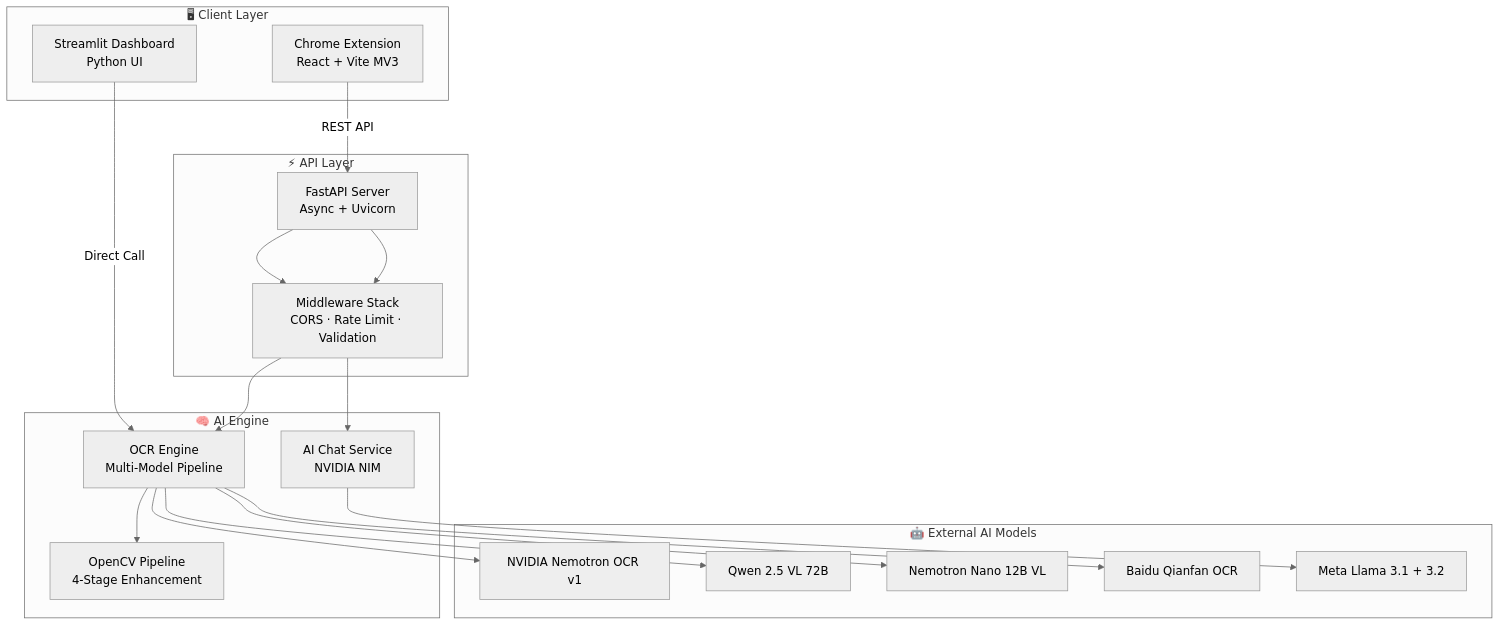
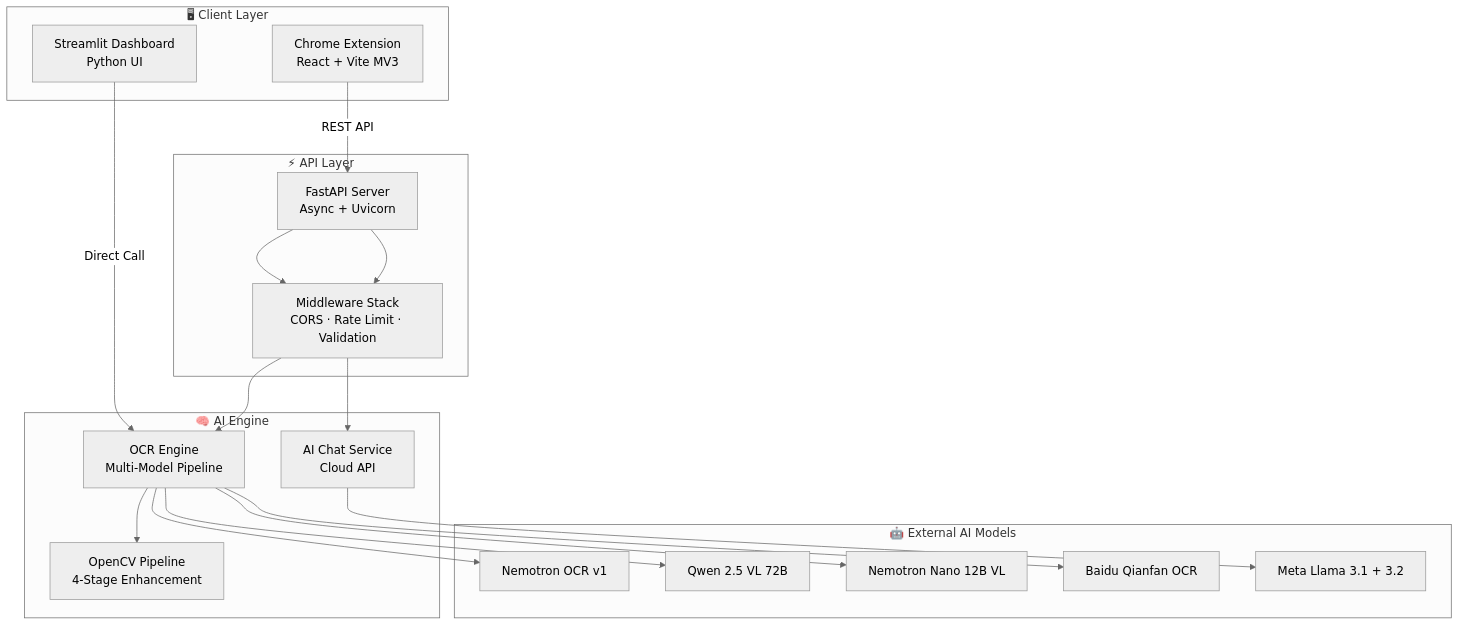
Before and after one commit to Abhichy18/Pagixo-AI: the first of 2 diagrams in README.md, drawn with Mermaid (neutral theme). The commit also changed other lines of this file, not shown here.

````diff
--- a/README.md
+++ b/README.md
@@ -288,34 +288,34 @@
 ```mermaid
 graph TB
     subgraph Client["🖥 Client Layer"]
         CE[Chrome Extension<br/>React + Vite MV3]
         ST[Streamlit Dashboard<br/>Python UI]
     end
 
     subgraph API["⚡ API Layer"]
         FA[FastAPI Server<br/>Async + Uvicorn]
         MW[Middleware Stack<br/>CORS · Rate Limit · Validation]
     end
 
     subgraph Engine["🧠 AI Engine"]
         OCR[OCR Engine<br/>Multi-Model Pipeline]
         CV[OpenCV Pipeline<br/>4-Stage Enhancement]
-        CHAT[AI Chat Service<br/>NVIDIA NIM]
+        CHAT[AI Chat Service<br/>Cloud API]
     end
 
     subgraph Models["🤖 External AI Models"]
-        NV[NVIDIA Nemotron OCR v1]
+        NV[Nemotron OCR v1]
         QW[Qwen 2.5 VL 72B]
         NM[Nemotron Nano 12B VL]
         BD[Baidu Qianfan OCR]
         LL[Meta Llama 3.1 + 3.2]
     end
 
     CE -->|REST API| FA
     ST -->|Direct Call| OCR
     FA --> MW --> OCR
     FA --> MW --> CHAT
     OCR --> CV
     OCR --> NV & QW & NM & BD
     CHAT --> LL
 ```
````
